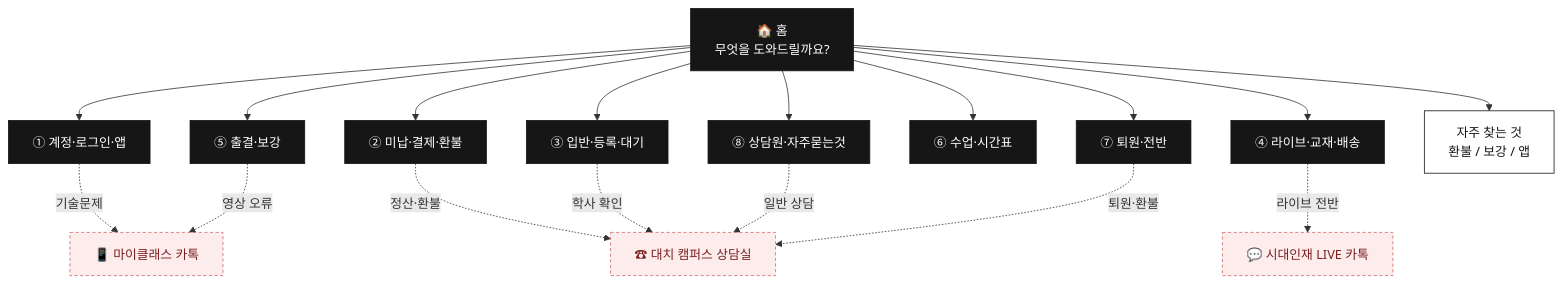
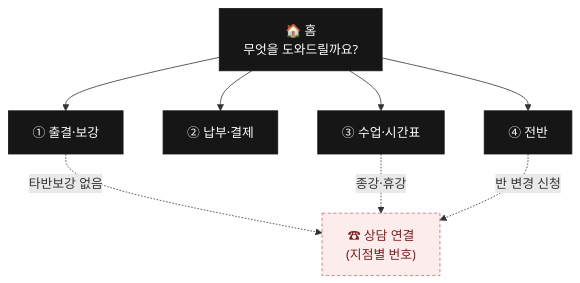
One commit to layr8x/Wiki changed the second of 8 diagrams in analysis/myclass-chatbot/SCENARIO_PLAN.md. Above: the diagram before and after it, drawn with Mermaid. The commit also changed other lines of this file and 15 other files, not shown here.

````diff
--- a/analysis/myclass-chatbot/SCENARIO_PLAN.md
+++ b/analysis/myclass-chatbot/SCENARIO_PLAN.md
@@ -63,25 +68,16 @@
 ```mermaid
 flowchart TD
   H["🏠 홈<br/>무엇을 도와드릴까요?"]:::menu
-  H --> M1["① 계정·로그인·앱"]:::menu
-  H --> M2["② 미납·결제·환불"]:::menu
-  H --> M3["③ 입반·등록·대기"]:::menu
-  H --> M4["④ 라이브·교재·배송"]:::menu
-  H --> M5["⑤ 출결·보강"]:::menu
-  H --> M6["⑥ 수업·시간표"]:::menu
-  H --> M7["⑧ 상담원·자주묻는것"]:::menu
-  H --> M8["⑦ 퇴원·전반"]:::menu
-  H --> FAQ["자주 찾는 것<br/>환불 / 보강 / 앱"]:::step
+  H --> M1["① 출결·보강"]:::menu
+  H --> M2["② 납부·결제"]:::menu
+  H --> M3["③ 수업·시간표"]:::menu
+  H --> M4["④ 전반"]:::menu
 
-  M1 -.기술문제.-> CT["📱 마이클래스 카톡"]:::hand
-  M2 -.정산·환불.-> CP["☎ 대치 캠퍼스 상담실"]:::hand
-  M3 -.학사 확인.-> CP
-  M4 -.라이브 전반.-> CL["💬 시대인재 LIVE 카톡"]:::hand
-  M5 -.영상 오류.-> CT
-  M7 -.일반 상담.-> CP
-  M8 -.퇴원·환불.-> CP
+  M1 -.타반보강 없음.-> CP["☎ 상담 연결<br/>(지점별 번호)"]:::hand
+  M3 -.종강·휴강.-> CP
+  M4 -.반 변경 신청.-> CP
 
   classDef menu fill:#161616,color:#ffffff,stroke:#161616;
   classDef step fill:#ffffff,color:#161616,stroke:#161616;
   classDef hand fill:#fdecec,color:#7a1f1f,stroke:#d06a6a,stroke-dasharray:4 3;
 ```
````
